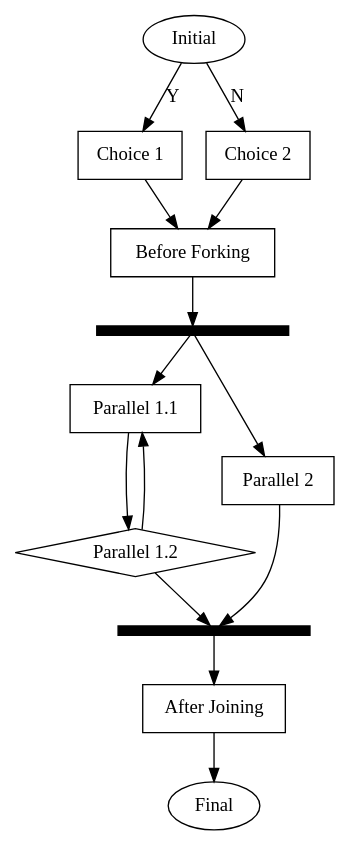
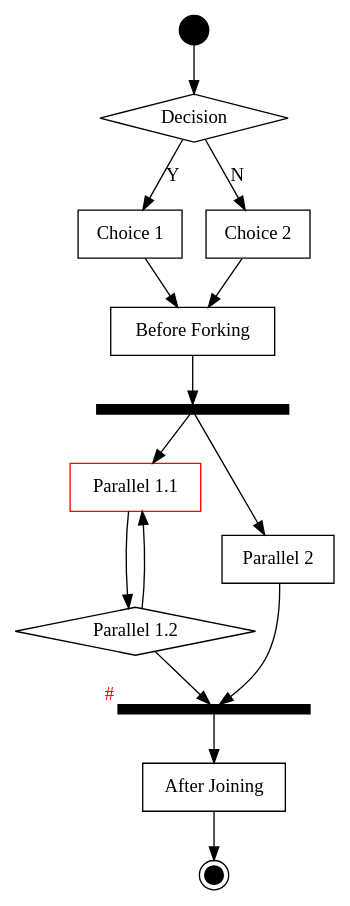
Before and after one commit to emden-norfolk/fountainedge: the diagram in images/test6.dot, drawn with Graphviz. The commit also changed 7 other files, not shown here.

Commit message:
Red colour for initial and final circles.

```diff
--- a/images/test6.dot
+++ b/images/test6.dot
@@ -1,29 +1,31 @@
 digraph G {
 
-  v0 [label="Initial",id="1",shape="oval",color="black"]
-  v1 [label="Choice 1",id="2",shape="box",color="black"]
-  v2 [label="Choice 2",id="3",shape="box",color="black"]
-  v3 [label="Before Forking",id="4",shape="box",color="black"]
-  v4 [label="",id="5",shape="box",style="filled",fillcolor="black",height="0.1",width="2",fixedsize="true",xlabel="",fontcolor="red"]
-  v5 [label="Parallel 1.1",id="6",shape="box",color="black"]
-  v6 [label="Parallel 1.2",id="7",shape="diamond",color="black"]
-  v7 [label="Parallel 2",id="8",shape="box",color="black"]
-  v8 [label="",id="9",shape="box",style="filled",fillcolor="black",height="0.1",width="2",fixedsize="true",xlabel="",fontcolor="red"]
-  v9 [label="After Joining",id="10",shape="box",color="black"]
-  v10 [label="Final",id="11",shape="oval",color="black"]
+  v0 [label="",id="100",shape="circle",style="filled",fillcolor="black",height="0.3"]
+  v1 [label="Decision",id="1",shape="diamond",color="black"]
+  v2 [label="Choice 1",id="2",shape="box",color="black"]
+  v3 [label="Choice 2",id="3",shape="box",color="black"]
+  v4 [label="Before Forking",id="4",shape="box",color="black"]
+  v5 [label="",id="5",shape="box",style="filled",fillcolor="black",height="0.1",width="2",fixedsize="true",xlabel="",fontcolor="red"]
+  v6 [label="Parallel 1.1",id="6",shape="box",color="red"]
+  v7 [label="Parallel 1.2",id="7",shape="diamond",color="black"]
+  v8 [label="Parallel 2",id="8",shape="box",color="black"]
+  v9 [label="",id="9",shape="box",style="filled",fillcolor="black",height="0.1",width="2",fixedsize="true",xlabel="#",fontcolor="red"]
+  v10 [label="After Joining",id="10",shape="box",color="black"]
+  v11 [label="",id="11",shape="doublecircle",style="filled",fillcolor="black",height="0.2"]
 
-  v0 -> v1 [label="Y"]
-  v0 -> v2 [label="N"]
-  v1 -> v3
-  v2 -> v3
+  v0 -> v1
+  v1 -> v2 [label="Y"]
+  v1 -> v3 [label="N"]
+  v2 -> v4
   v3 -> v4
   v4 -> v5
-  v4 -> v7
   v5 -> v6
-  v6 -> v5
-  v6 -> v8
-  v7 -> v8
+  v5 -> v8
+  v6 -> v7
+  v7 -> v6
+  v7 -> v9
   v8 -> v9
   v9 -> v10
+  v10 -> v11
 
 }
```
